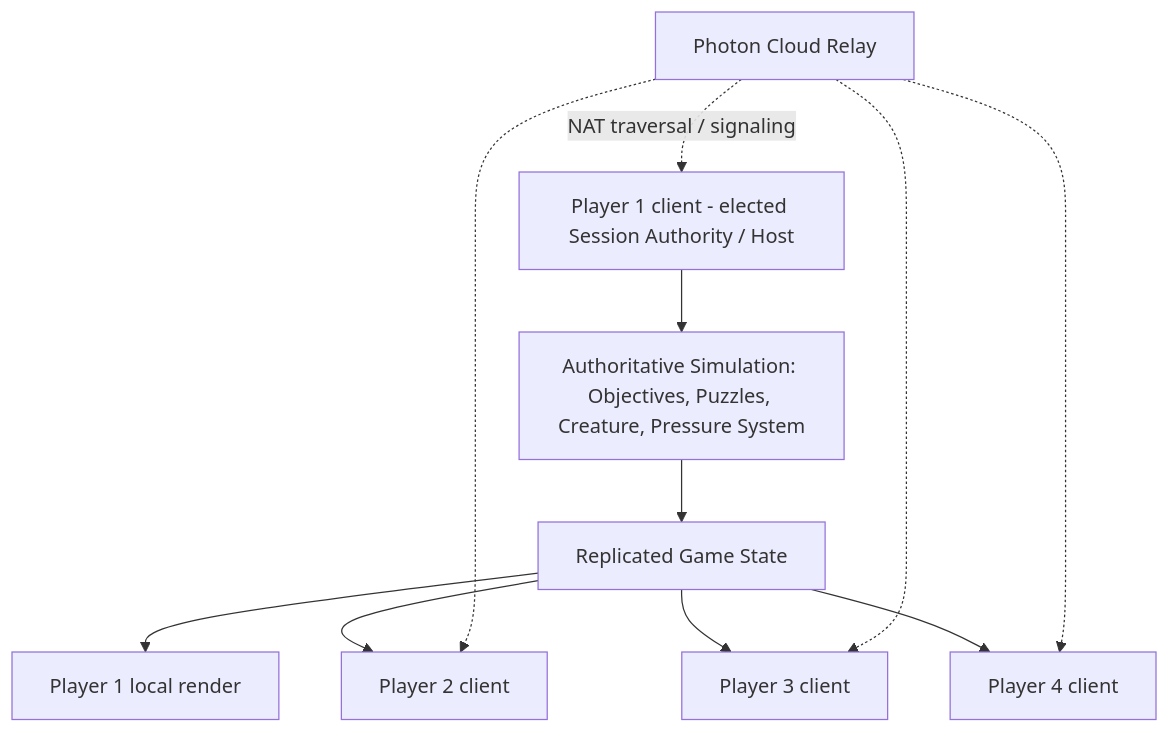
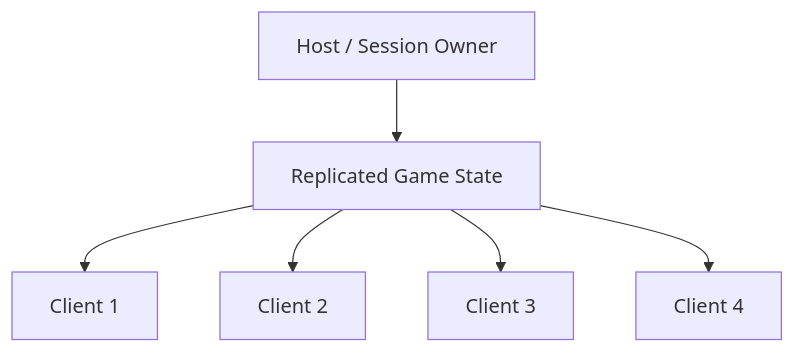
One commit to snehadpatel/QuestBit changed the first of 2 diagrams in Project-Echo/technical/NetworkArchitecture.md. Above: the diagram before and after it, drawn with Mermaid. The commit also changed other lines of this file and 6 other files, not shown here.

Commit message:
docs: formalize project architecture, documentation standards, and technical ADRs while updating GDD sections.

````diff
--- a/Project-Echo/technical/NetworkArchitecture.md
+++ b/Project-Echo/technical/NetworkArchitecture.md
@@ -28,13 +29,8 @@
 ```mermaid
 flowchart TD
-    P1[Player 1 client - elected Session Authority / Host] --> Sim[Authoritative Simulation: Objectives, Puzzles, Creature, Pressure System]
-    Sim --> Repl[Replicated Game State]
-    Repl --> P1UI[Player 1 local render]
-    Repl --> P2[Player 2 client]
-    Repl --> P3[Player 3 client]
-    Repl --> P4[Player 4 client]
-    Relay[Photon Cloud Relay] -.NAT traversal / signaling.-> P1
-    Relay -.-> P2
-    Relay -.-> P3
-    Relay -.-> P4
+    A[Host / Session Owner] --> B[Replicated Game State]
+    B --> C[Client 1]
+    B --> D[Client 2]
+    B --> E[Client 3]
+    B --> F[Client 4]
 ```
````
